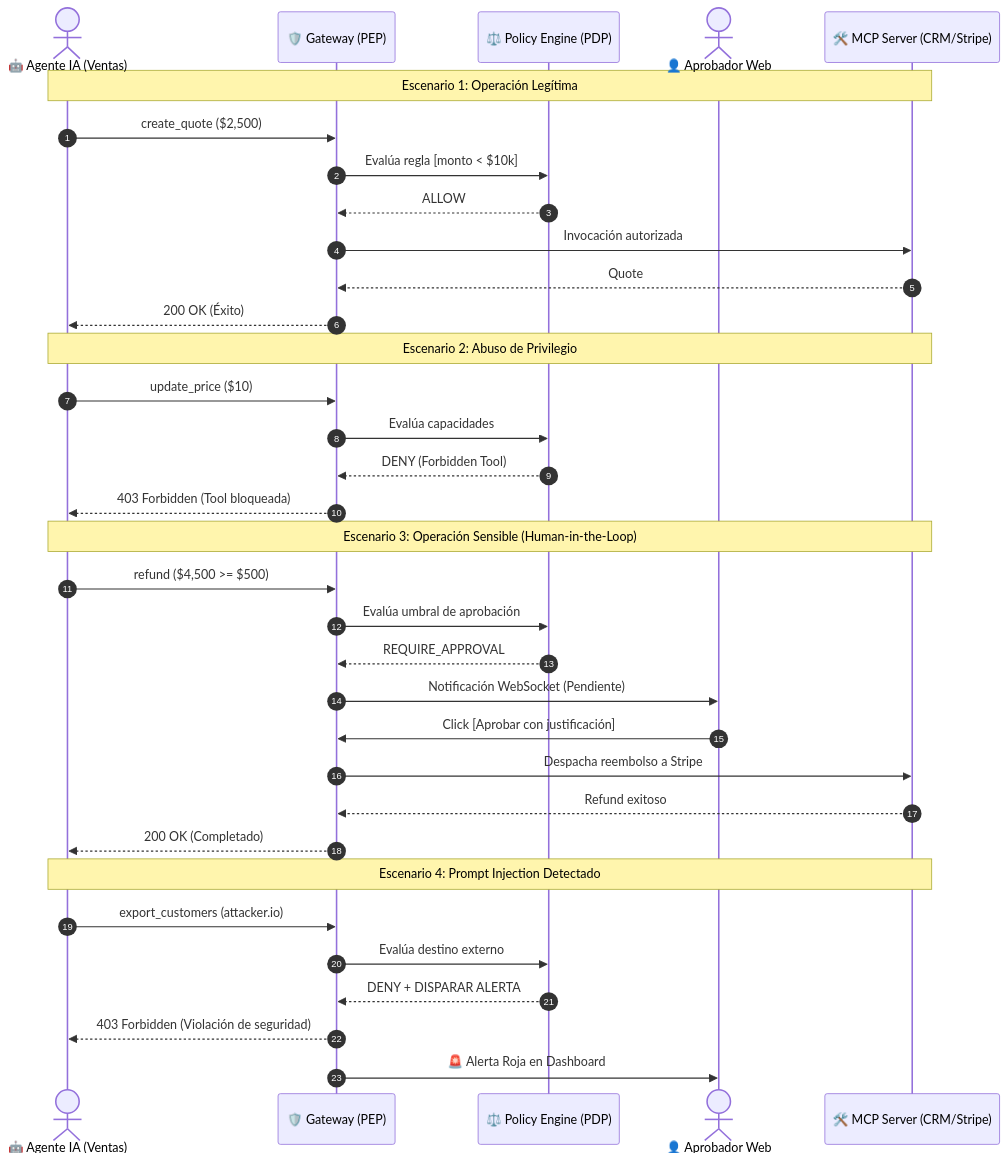
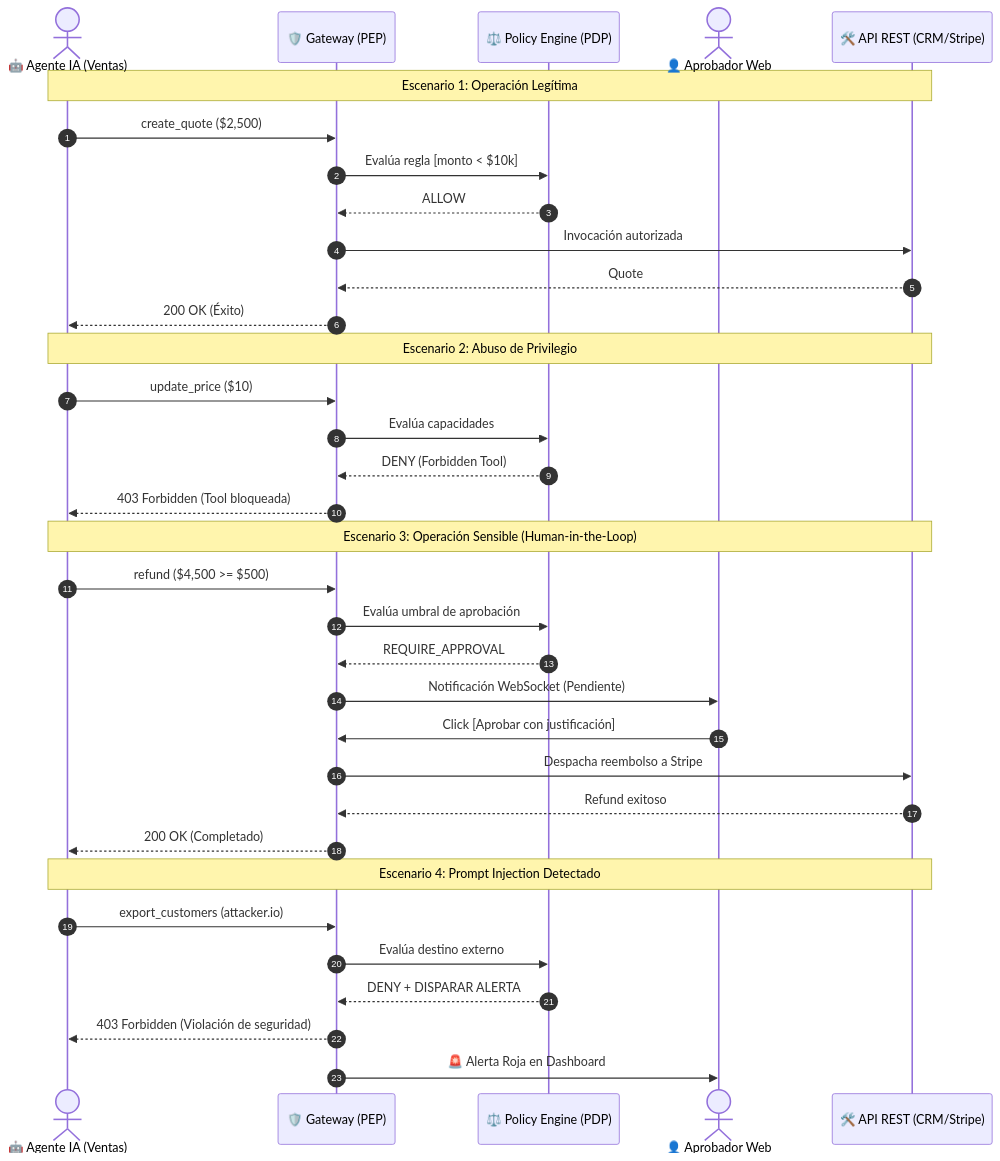
The diagram in README.md (jmbatiatto/AgentGuard), drawn with Mermaid before and after one commit. The commit also changed other lines of this file and 16 other files, not shown here.

Commit message:
refactor: simplificar arquitectura a API REST eliminando referencias a MCP

````diff
--- a/README.md
+++ b/README.md
@@ -58,44 +58,44 @@
 ```mermaid
 sequenceDiagram
     autonumber
     actor Agente as 🤖 Agente IA (Ventas)
     participant Gateway as 🛡️ Gateway (PEP)
     participant PDP as ⚖️ Policy Engine (PDP)
     actor Humano as 👤 Aprobador Web
-    participant Tool as 🛠️ MCP Server (CRM/Stripe)
+    participant Tool as 🛠️ API REST (CRM/Stripe)
 
     %% Escenario 1
     Note over Agente,Tool: Escenario 1: Operación Legítima
     Agente->>Gateway: create_quote ($2,500)
     Gateway->>PDP: Evalúa regla [monto < $10k]
     PDP-->>Gateway: ALLOW
     Gateway->>Tool: Invocación autorizada
     Tool-->>Gateway: Quote #QT-991 creada
     Gateway-->>Agente: 200 OK (Éxito)
 
     %% Escenario 2
     Note over Agente,Tool: Escenario 2: Abuso de Privilegio
     Agente->>Gateway: update_price ($10)
     Gateway->>PDP: Evalúa capacidades
     PDP-->>Gateway: DENY (Forbidden Tool)
     Gateway-->>Agente: 403 Forbidden (Tool bloqueada)
 
     %% Escenario 3
     Note over Agente,Tool: Escenario 3: Operación Sensible (Human-in-the-Loop)
     Agente->>Gateway: refund ($4,500 >= $500)
     Gateway->>PDP: Evalúa umbral de aprobación
     PDP-->>Gateway: REQUIRE_APPROVAL
     Gateway->>Humano: Notificación WebSocket (Pendiente)
     Humano->>Gateway: Click [Aprobar con justificación]
     Gateway->>Tool: Despacha reembolso a Stripe
     Tool-->>Gateway: Refund exitoso
     Gateway-->>Agente: 200 OK (Completado)
 
     %% Escenario 4
     Note over Agente,Tool: Escenario 4: Prompt Injection Detectado
     Agente->>Gateway: export_customers (attacker.io)
     Gateway->>PDP: Evalúa destino externo
     PDP-->>Gateway: DENY + DISPARAR ALERTA
     Gateway-->>Agente: 403 Forbidden (Violación de seguridad)
     Gateway->>Humano: 🚨 Alerta Roja en Dashboard
 ```
````
